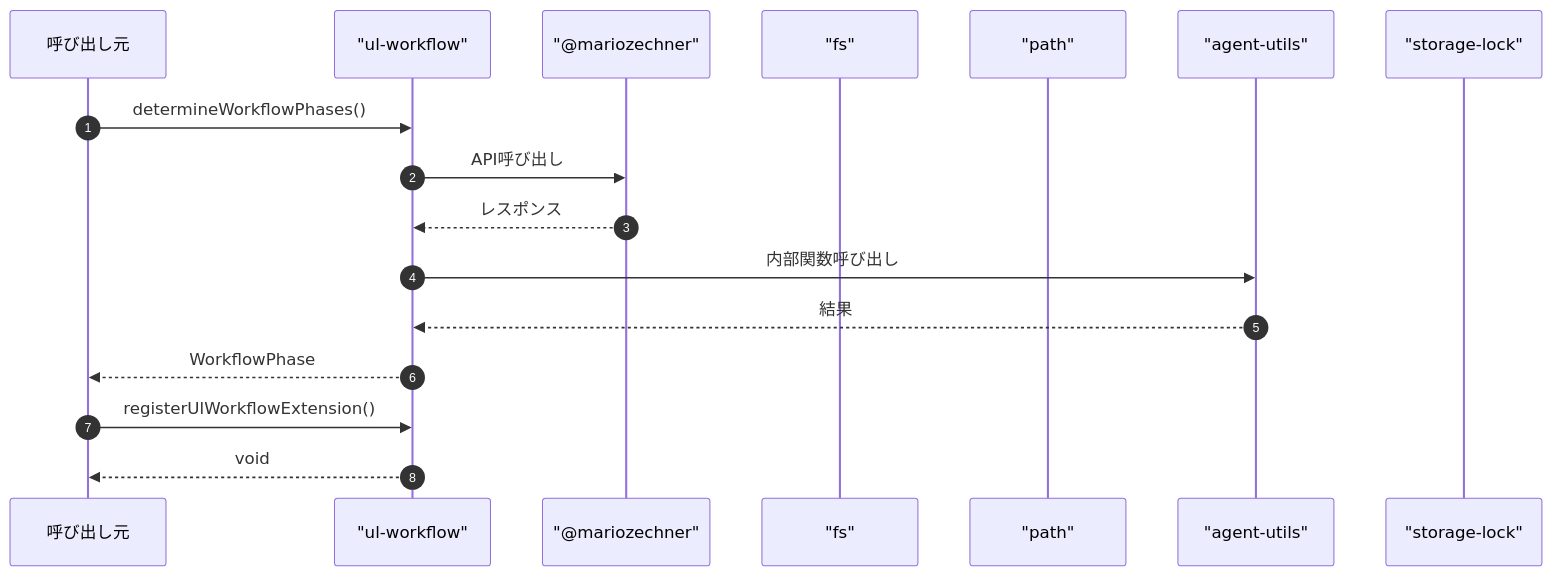
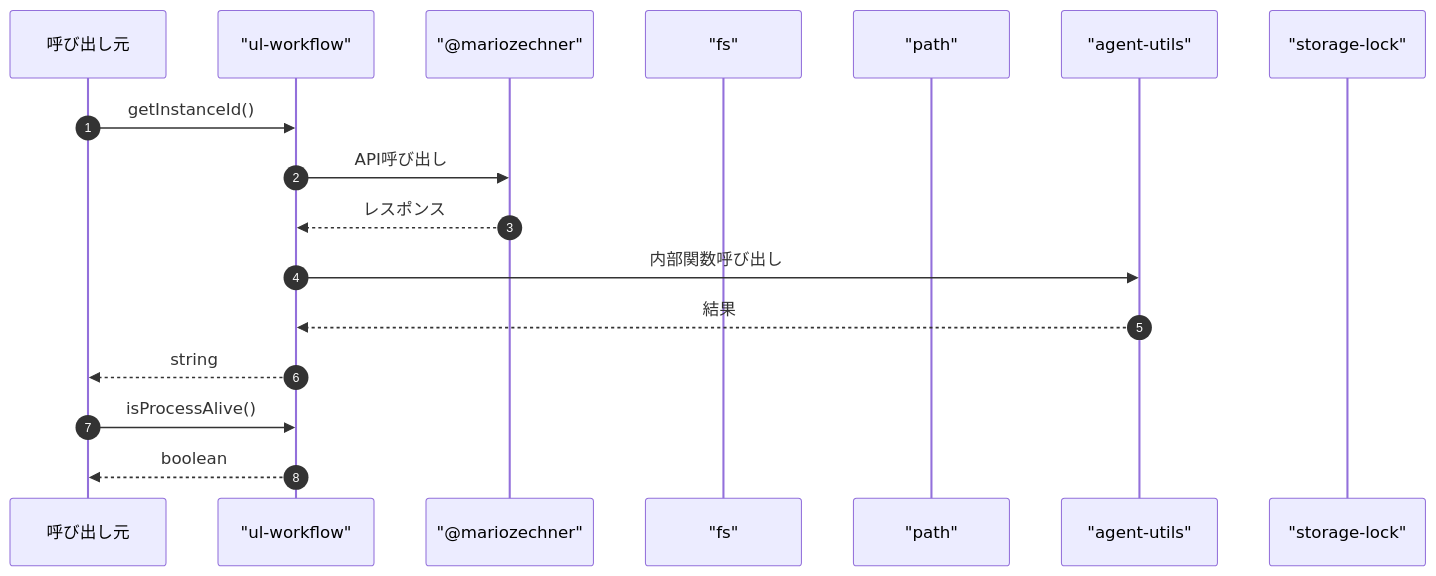
Before and after one commit to Mekann2904/mekann: diagram 20 of 20 in ABDD/.pi/extensions/ul-workflow.md, drawn with Mermaid. The commit also changed other lines of this file and 189 other files, not shown here.

````diff
--- a/ABDD/.pi/extensions/ul-workflow.md
+++ b/ABDD/.pi/extensions/ul-workflow.md
@@ -752,21 +1172,21 @@
 ```mermaid
 sequenceDiagram
   autonumber
   participant Caller as 呼び出し元
   participant ul_workflow as "ul-workflow"
   participant mariozechner as "@mariozechner"
   participant fs as "fs"
   participant path as "path"
   participant agent_utils as "agent-utils"
   participant storage_lock as "storage-lock"
 
-  Caller->>ul_workflow: determineWorkflowPhases()
+  Caller->>ul_workflow: getInstanceId()
   ul_workflow->>mariozechner: API呼び出し
   mariozechner-->>ul_workflow: レスポンス
   ul_workflow->>agent_utils: 内部関数呼び出し
   agent_utils-->>ul_workflow: 結果
-  ul_workflow-->>Caller: WorkflowPhase
+  ul_workflow-->>Caller: string
 
-  Caller->>ul_workflow: registerUlWorkflowExtension()
-  ul_workflow-->>Caller: void
+  Caller->>ul_workflow: isProcessAlive()
+  ul_workflow-->>Caller: boolean
 ```
````
